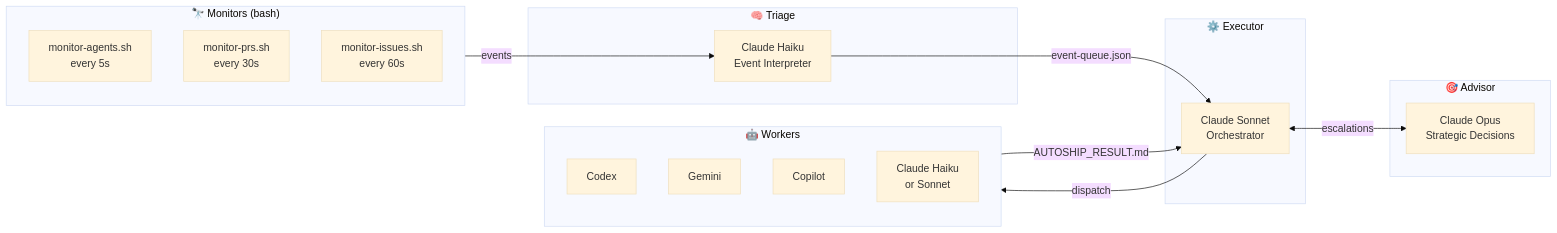
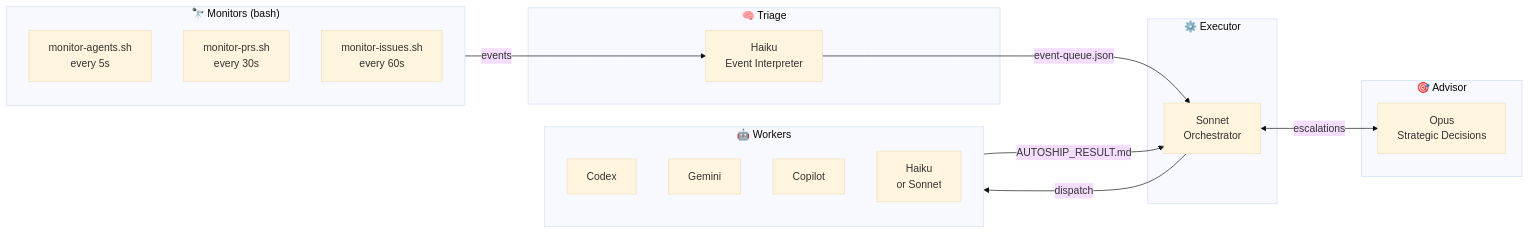
Before and after one commit to Maleick/beacon: the second of 2 diagrams in README.md, drawn with Mermaid (base theme). The commit also changed other lines of this file and 34 other files, not shown here.

````diff
--- a/README.md
+++ b/README.md
@@ -258,33 +289,33 @@
 ```mermaid
 flowchart LR
     subgraph Monitors["🔭 Monitors (bash)"]
         M1["monitor-agents.sh\nevery 5s"]
         M2["monitor-prs.sh\nevery 30s"]
         M3["monitor-issues.sh\nevery 60s"]
     end
 
     subgraph Triage["🧠 Triage"]
-        H["Claude Haiku\nEvent Interpreter"]
+        H["Haiku\nEvent Interpreter"]
     end
 
     subgraph Executor["⚙️ Executor"]
-        S["Claude Sonnet\nOrchestrator"]
+        S["Sonnet\nOrchestrator"]
     end
 
     subgraph Advisor["🎯 Advisor"]
-        O["Claude Opus\nStrategic Decisions"]
+        O["Opus\nStrategic Decisions"]
     end
 
     subgraph Workers["🤖 Workers"]
         W1[Codex]
         W2[Gemini]
         W3[Copilot]
-        W4[Claude Haiku\nor Sonnet]
+        W4[Haiku\nor Sonnet]
     end
 
     Monitors -->|events| H
     H -->|"event-queue.json"| S
     S <-->|escalations| O
     S -->|dispatch| Workers
     Workers -->|"AUTOSHIP_RESULT.md"| S
 ```
````
